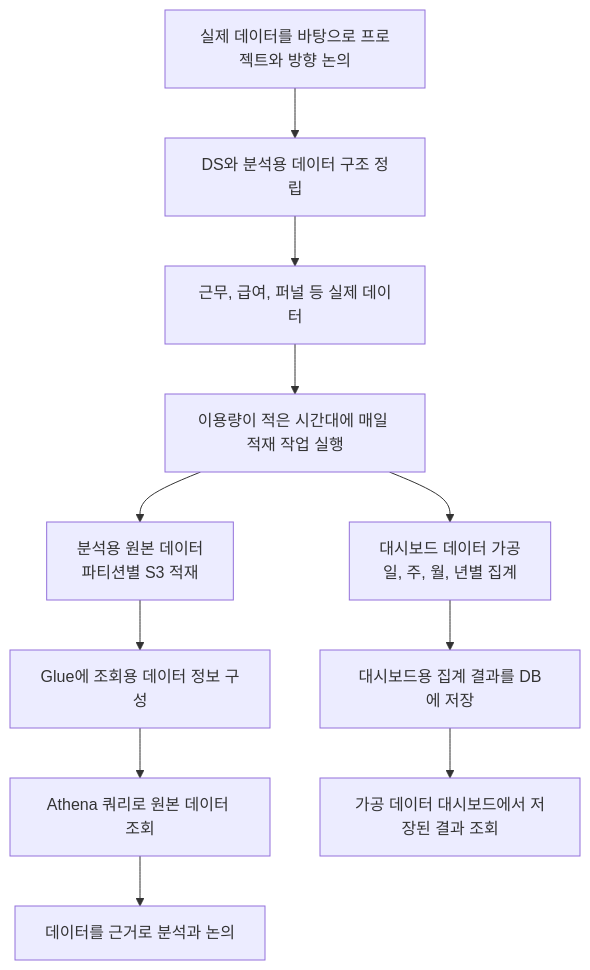
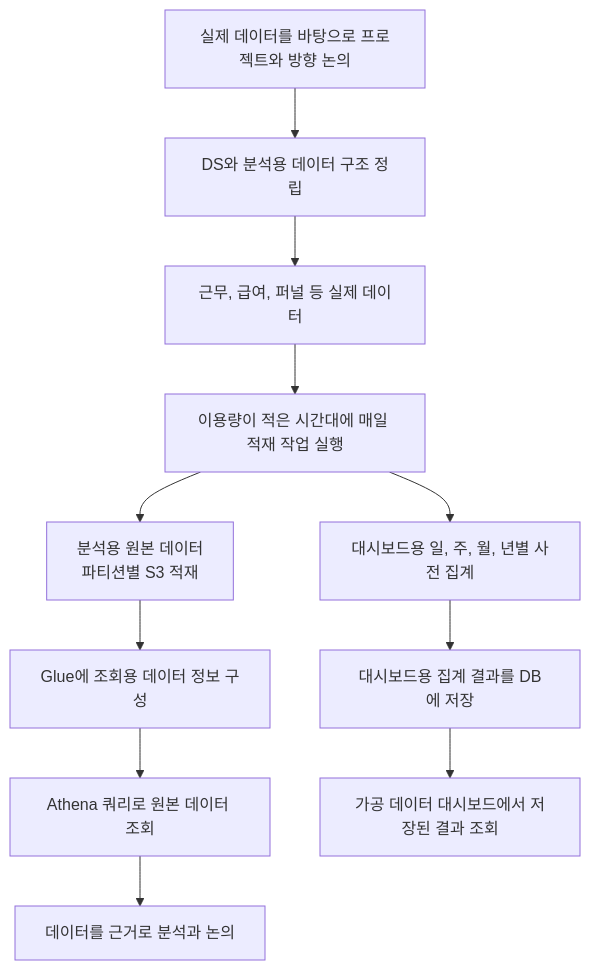
The diagram in projects/platform-operations/data-analytics.md (KimHG1995/work-history), drawn with Mermaid before and after one commit.

Commit message:
docs: refine existing diagrams using documented behavior

````diff
--- a/projects/platform-operations/data-analytics.md
+++ b/projects/platform-operations/data-analytics.md
@@ -46,13 +46,13 @@
 ```mermaid
 flowchart TD
     purpose["실제 데이터를 바탕으로 프로젝트와 방향 논의"] --> design["DS와 분석용 데이터 구조 정립"]
     design --> source["근무, 급여, 퍼널 등 실제 데이터"]
     source --> schedule["이용량이 적은 시간대에 매일 적재 작업 실행"]
     schedule --> raw["분석용 원본 데이터<br/>파티션별 S3 적재"]
     raw --> catalog["Glue에 조회용 데이터 정보 구성"]
     catalog --> query["Athena 쿼리로 원본 데이터 조회"]
     query --> discussion["데이터를 근거로 분석과 논의"]
-    schedule --> aggregate["대시보드 데이터 가공<br/>일, 주, 월, 년별 집계"]
+    schedule --> aggregate["대시보드용 일, 주, 월, 년별 사전 집계"]
     aggregate --> db["대시보드용 집계 결과를 DB에 저장"]
     db --> dashboard["가공 데이터 대시보드에서 저장된 결과 조회"]
 ```
````
